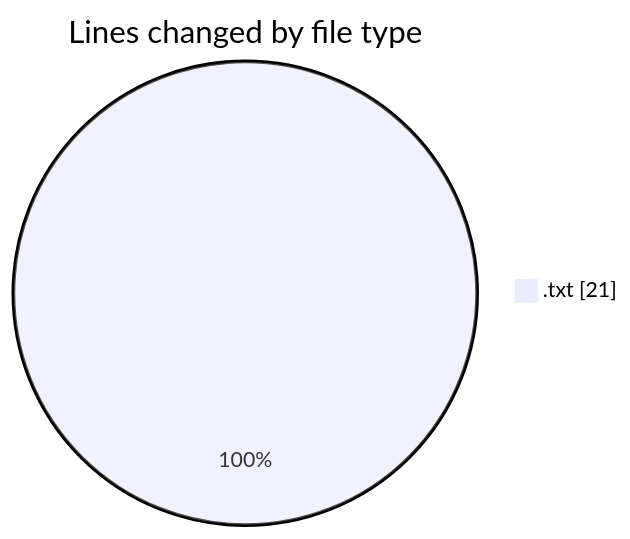
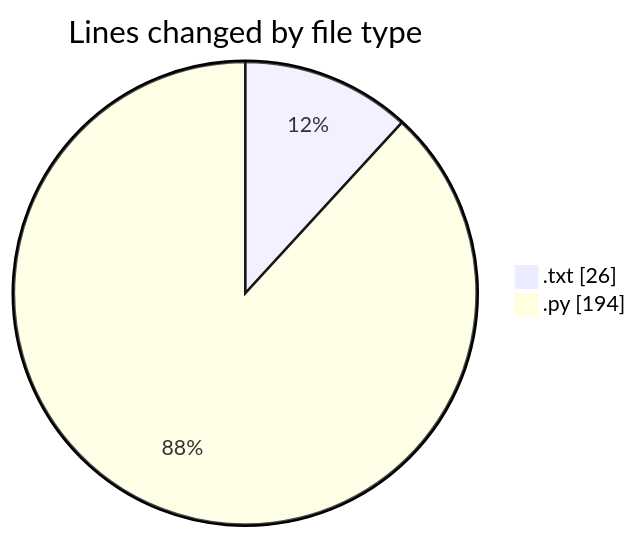
Before and after one commit to lephambinh05/code-tracking: the first of 2 diagrams in 2025-09-12/datanv/README.md, drawn with Mermaid. The commit also changed other lines of this file and 1 other file, not shown here.

````diff
--- a/2025-09-12/datanv/README.md
+++ b/2025-09-12/datanv/README.md
@@ -20,5 +22,6 @@
 ```mermaid
 pie showData
 title Lines changed by file type
-".txt" : 21
+".txt" : 26
+".py" : 194
 ```
````
